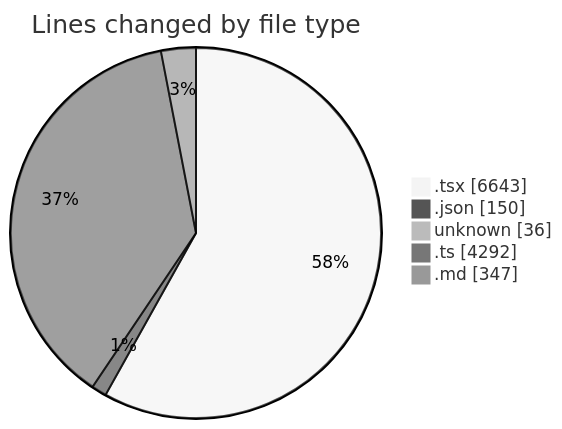
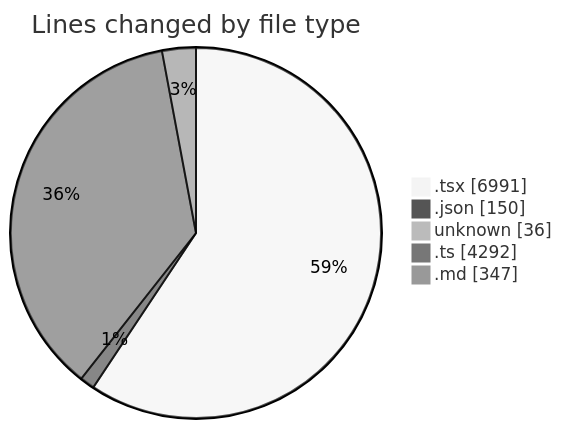
One commit to ernivani/code-tracking changed the first of 2 diagrams in 2025-01-03/tinycms/README.md. Above: the diagram before and after it, drawn with Mermaid (neutral theme). The commit also changed other lines of this file and 4 other files, not shown here.

````diff
--- a/2025-01-03/tinycms/README.md
+++ b/2025-01-03/tinycms/README.md
@@ -59,9 +59,9 @@
 ```mermaid
 pie showData
 title Lines changed by file type
-".tsx" : 6643
+".tsx" : 6991
 ".json" : 150
 "unknown" : 36
 ".ts" : 4292
 ".md" : 347
 ```
````
